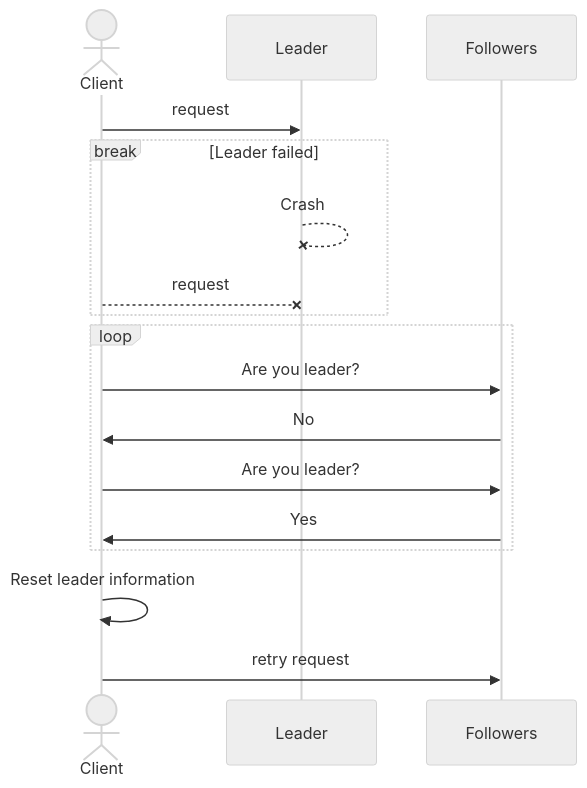
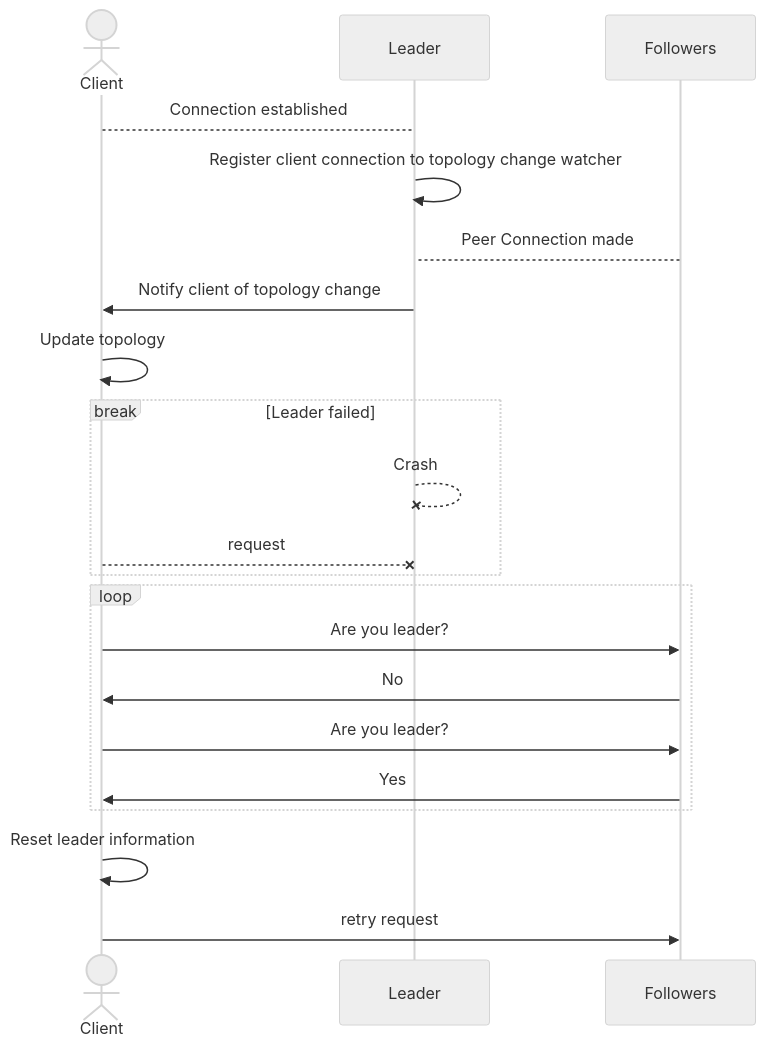
The fourth of 5 diagrams in README.md (Migorithm/duva), drawn with Mermaid (neutral theme) before and after one commit. The commit also changed other lines of this file and 1 other file, not shown here.

Commit message:
doc: topology-change

````diff
--- a/README.md
+++ b/README.md
@@ -172,22 +171,31 @@
 ```mermaid
 sequenceDiagram
     actor C as Client
     participant L as Leader
     participant F as Followers
 
-    C ->> L : request
+    C --> L : Connection established
+    L ->> L : Register client connection to topology change watcher
+    
+    F --> L : Peer Connection made
+    
+    L ->> C : Notify client of topology change
+    C ->> C : Update topology
+
 
     break Leader failed
         L --x L : Crash
         C --x L : request
     end
     
     loop
         C ->> F : Are you leader?
         F ->> C : No
         C ->> F : Are you leader?
         F ->> C : Yes    
     end
     C ->> C : Reset leader information
     C ->> F : retry request
+
+
 ```
````
